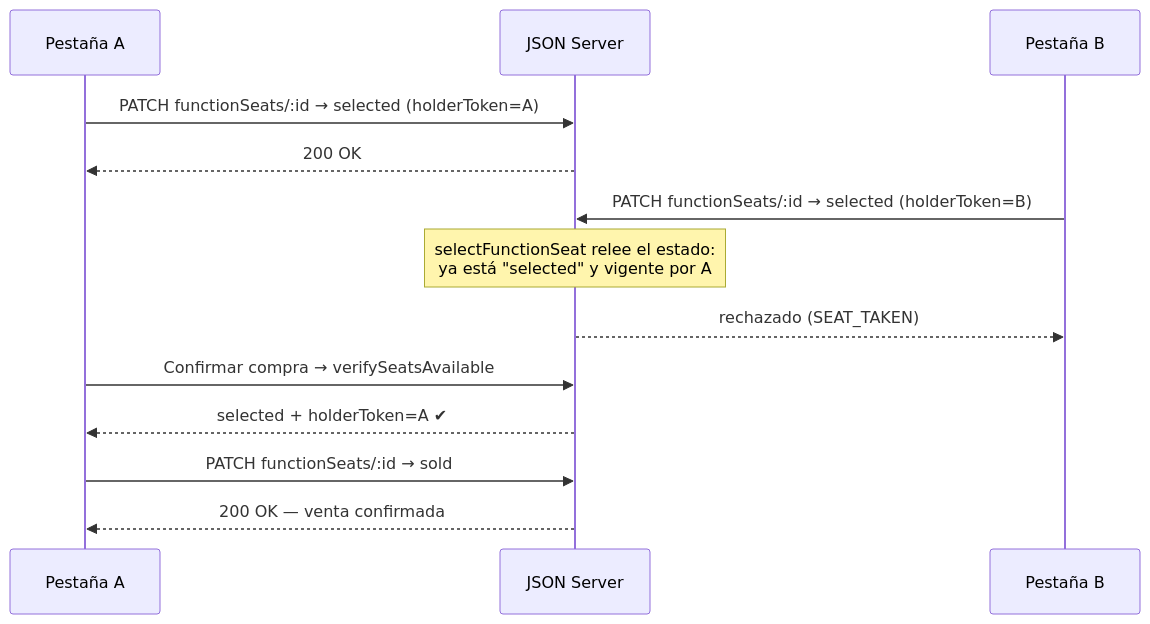
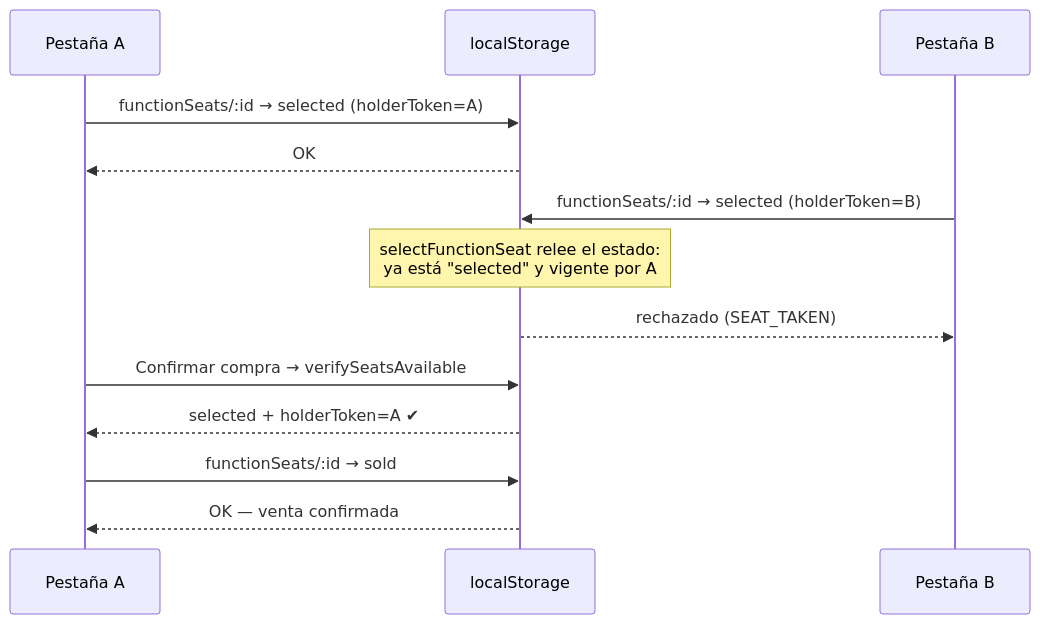
One commit to santiagosanabria-1/proyecto-javascrip-santiago changed the third of 5 diagrams in README.md. Above: the diagram before and after it, drawn with Mermaid. The commit also changed other lines of this file and 21 other files, not shown here.

First line of the commit message:
♻️ refactor(datos): reemplazar JSON Server por localStorage

````diff
--- a/README.md
+++ b/README.md
@@ -366,18 +364,18 @@
 ```mermaid
 sequenceDiagram
     participant A as Pestaña A
-    participant S as JSON Server
+    participant S as localStorage
     participant B as Pestaña B
 
-    A->>S: PATCH functionSeats/:id → selected (holderToken=A)
-    S-->>A: 200 OK
+    A->>S: functionSeats/:id → selected (holderToken=A)
+    S-->>A: OK
 
-    B->>S: PATCH functionSeats/:id → selected (holderToken=B)
+    B->>S: functionSeats/:id → selected (holderToken=B)
     Note over S: selectFunctionSeat relee el estado:<br/>ya está "selected" y vigente por A
     S-->>B: rechazado (SEAT_TAKEN)
 
     A->>S: Confirmar compra → verifySeatsAvailable
     S-->>A: selected + holderToken=A ✔
-    A->>S: PATCH functionSeats/:id → sold
-    S-->>A: 200 OK — venta confirmada
+    A->>S: functionSeats/:id → sold
+    S-->>A: OK — venta confirmada
 ```
````
